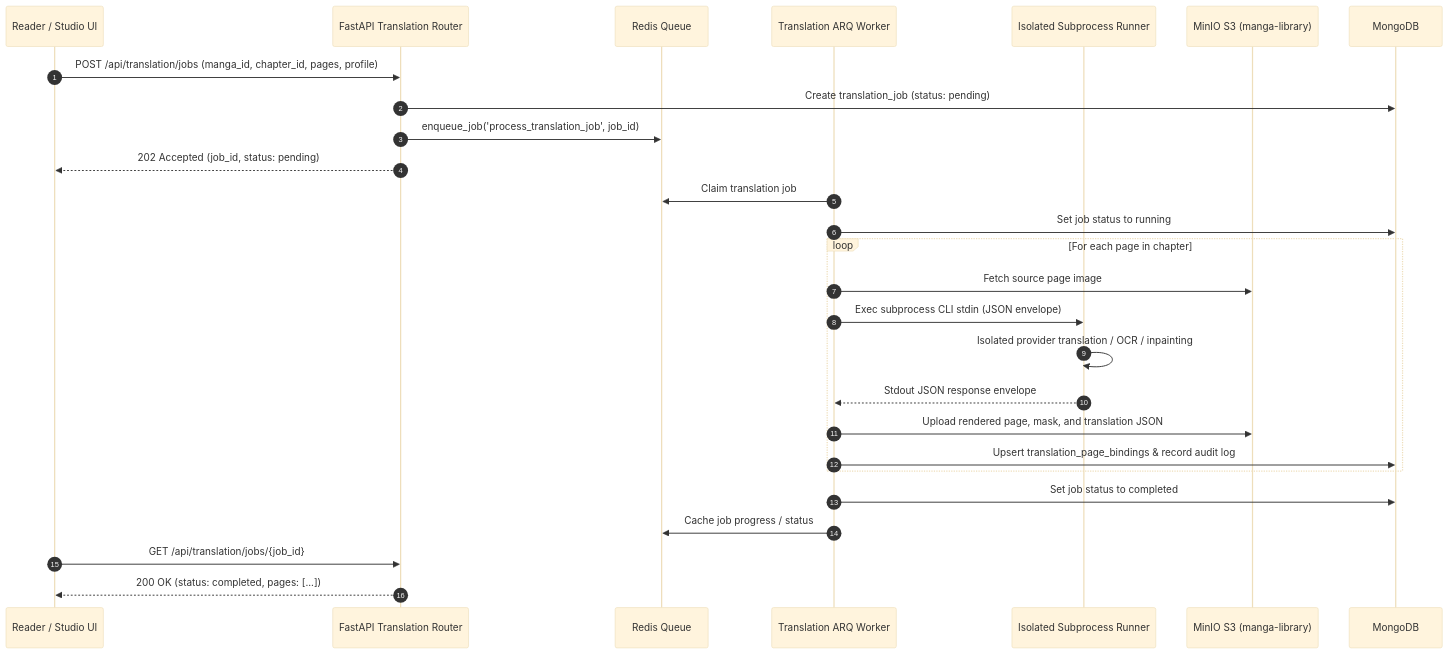
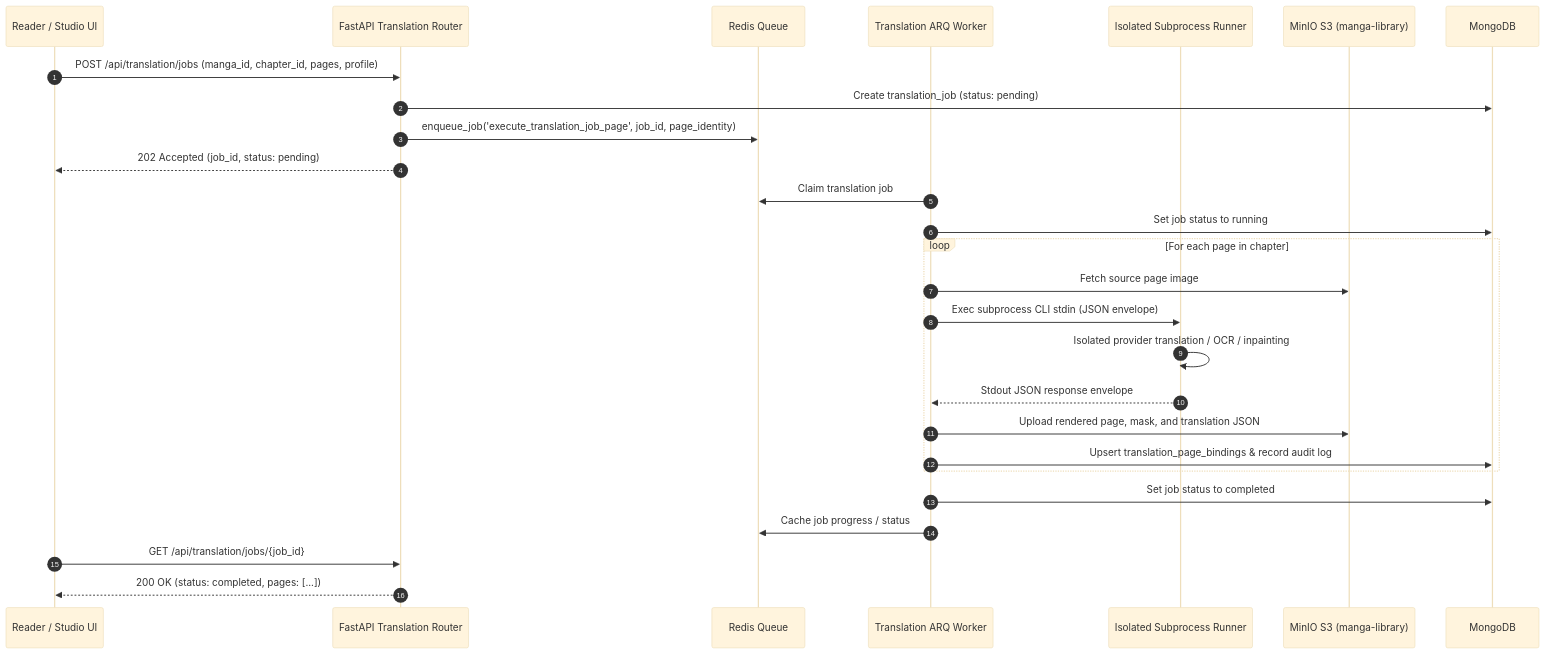
Before and after one commit to huyxuantruong1411/Manga-Reviews-Management: the fourth of 5 diagrams in docs/architecture.md, drawn with Mermaid (base theme). The commit also changed other lines of this file and 71 other files, not shown here.

````diff
--- a/docs/architecture.md
+++ b/docs/architecture.md
@@ -115,31 +120,31 @@
 ```mermaid
 sequenceDiagram
     autonumber
     participant UI as Reader / Studio UI
     participant API as FastAPI Translation Router
     participant Redis as Redis Queue
     participant Worker as Translation ARQ Worker
     participant Runtime as Isolated Subprocess Runner
     participant Storage as MinIO S3 (manga-library)
     participant DB as MongoDB
 
     UI->>API: POST /api/translation/jobs (manga_id, chapter_id, pages, profile)
     API->>DB: Create translation_job (status: pending)
-    API->>Redis: enqueue_job('process_translation_job', job_id)
+    API->>Redis: enqueue_job('execute_translation_job_page', job_id, page_identity)
     API-->>UI: 202 Accepted (job_id, status: pending)
 
     Worker->>Redis: Claim translation job
     Worker->>DB: Set job status to running
     loop For each page in chapter
         Worker->>Storage: Fetch source page image
         Worker->>Runtime: Exec subprocess CLI stdin (JSON envelope)
         Runtime->>Runtime: Isolated provider translation / OCR / inpainting
         Runtime-->>Worker: Stdout JSON response envelope
         Worker->>Storage: Upload rendered page, mask, and translation JSON
         Worker->>DB: Upsert translation_page_bindings & record audit log
     end
     Worker->>DB: Set job status to completed
     Worker->>Redis: Cache job progress / status
     UI->>API: GET /api/translation/jobs/{job_id}
     API-->>UI: 200 OK (status: completed, pages: [...])
 ```
````
